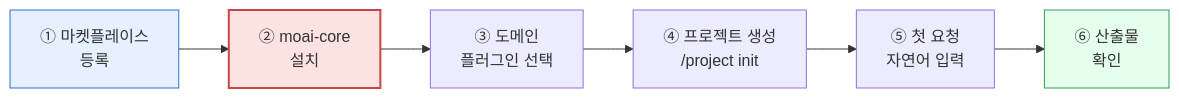
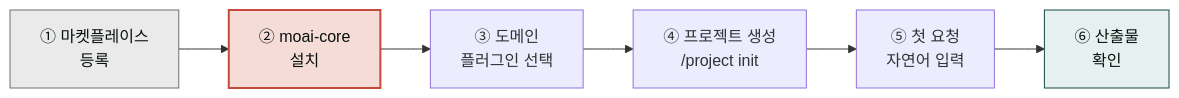
The diagram in content/plugins/quick-start.md (modu-ai/claude), drawn with Mermaid before and after one commit. The commit also changed 97 other files, not shown here.

First line of the commit message:
style(docs-site): mermaid 색상 브랜드 정합 + 라이트 테마 단일화

````diff
--- a/content/plugins/quick-start.md
+++ b/content/plugins/quick-start.md
@@ -16,12 +16,12 @@
 ```mermaid
 flowchart LR
     A["① 마켓플레이스<br/>등록"] --> B["② moai-core<br/>설치"]
     B --> C["③ 도메인<br/>플러그인 선택"]
     C --> D["④ 프로젝트 생성<br/>/project init"]
     D --> E["⑤ 첫 요청<br/>자연어 입력"]
     E --> F["⑥ 산출물<br/>확인"]
 
-    style A fill:#e6f0ff,stroke:#3070d0
-    style B fill:#fde2e2,stroke:#c44,stroke-width:2px
-    style F fill:#e6ffec,stroke:#30a050
+    style A fill:#eaeaea,stroke:#6e6e6e,color:#09110f
+    style B fill:#f5dcd7,stroke:#c44a3a,stroke-width:2px,color:#09110f
+    style F fill:#e6f0ef,stroke:#144a46,color:#09110f
 ```
````
